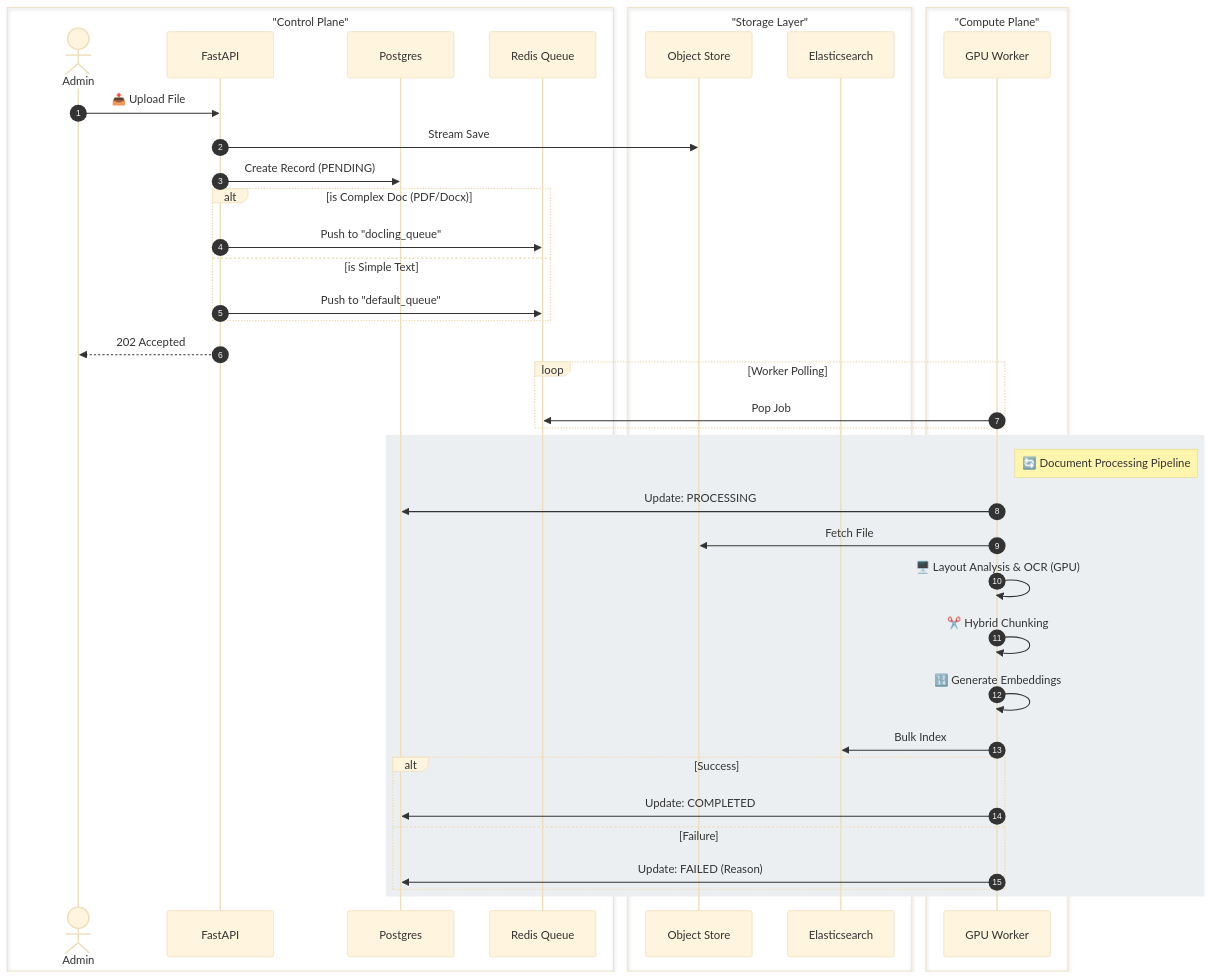
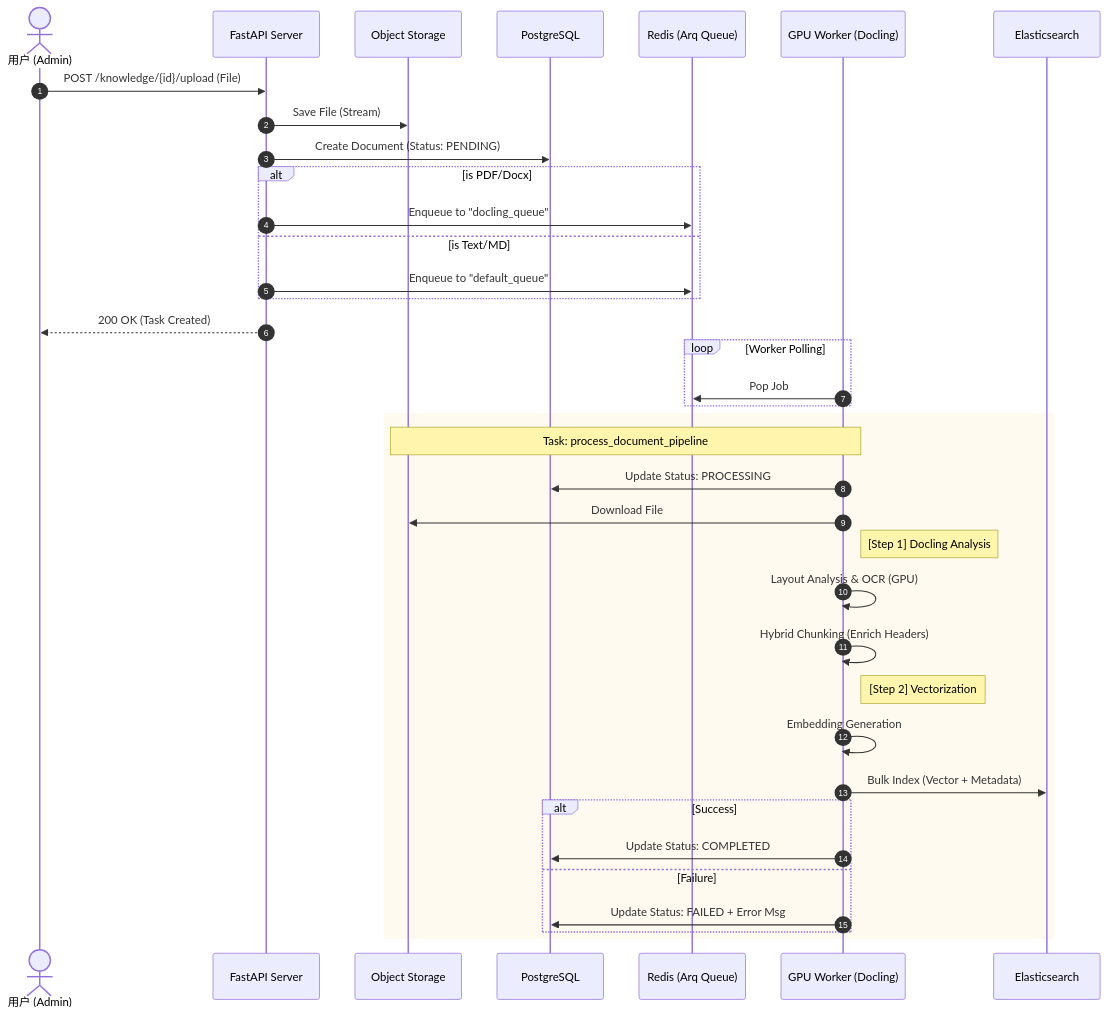
Before and after one commit to pswd123456/rag-practice: the third of 3 diagrams in README.md, drawn with Mermaid. The commit also changed other lines of this file and 10 other files, not shown here.

````diff
--- a/README.md
+++ b/README.md
@@ -258,59 +257,51 @@
 ```mermaid
 sequenceDiagram
-    autonumber
-    %%{init: {'theme': 'base', 'themeVariables': {'fontFamily': 'arial'}}}%%
-    
-    box "Control Plane" #f4f4f4
-    actor User as Admin
-    participant API as FastAPI
-    participant DB as Postgres
-    participant Redis as Redis Queue
-    end
+    autonumber
+    actor User as 用户 (Admin)
+    participant API as FastAPI Server
+    participant MinIO as Object Storage
+    participant DB as PostgreSQL
+    participant Redis as Redis (Arq Queue)
+    participant Worker as GPU Worker (Docling)
+    participant ES as Elasticsearch
 
-    box "Storage Layer" #e1f5fe
-    participant MinIO as Object Store
-    participant ES as Elasticsearch
-    end
+    %% 1. 上传阶段
+    User->>API: POST /knowledge/{id}/upload (File)
+    API->>MinIO: Save File (Stream)
+    API->>DB: Create Document (Status: PENDING)
+    
+    %% 2. 任务分发
+    alt is PDF/Docx
+        API->>Redis: Enqueue to "docling_queue"
+    else is Text/MD
+        API->>Redis: Enqueue to "default_queue"
+    end
+    API-->>User: 200 OK (Task Created)
 
-    box "Compute Plane" #fff9c4
-    participant Worker as GPU Worker
-    end
+    %% 3. 异步处理阶段 (Worker)
+    loop Worker Polling
+        Worker->>Redis: Pop Job
+    end
+    
+    rect rgb(255, 250, 240)
+        Note over Worker,MinIO: Task: process_document_pipeline
+        Worker->>DB: Update Status: PROCESSING
+        Worker->>MinIO: Download File
+        
+        %% Docling Processing
+        Note right of Worker: [Step 1] Docling Analysis
+        Worker->>Worker: Layout Analysis & OCR (GPU)
+        Worker->>Worker: Hybrid Chunking (Enrich Headers)
 
-    %% 1. 上传
-    User->>API: 📤 Upload File
-    API->>MinIO: Stream Save
-    API->>DB: Create Record (PENDING)
-    
-    alt is Complex Doc (PDF/Docx)
-        API->>Redis: Push to "docling_queue"
-    else is Simple Text
-        API->>Redis: Push to "default_queue"
-    end
-    API-->>User: 202 Accepted
-
-    %% 2. 异步处理
-    loop Worker Polling
-        Worker->>Redis: Pop Job
-    end
-    
-    rect rgb(236, 239, 241)
-    note right of Worker: 🔄 Document Processing Pipeline
-    
-    Worker->>DB: Update: PROCESSING
-    Worker->>MinIO: Fetch File
-    
-    %% Docling Analysis
-    Worker->>Worker: 🖥️ Layout Analysis & OCR (GPU)
-    Worker->>Worker: ✂️ Hybrid Chunking
-    
-    %% Indexing
-    Worker->>Worker: 🔢 Generate Embeddings
-    Worker->>ES: Bulk Index
-    
-    alt Success
-        Worker->>DB: Update: COMPLETED
-    else Failure
-        Worker->>DB: Update: FAILED (Reason)
-    end
-    end
+        %% Vectorization
+        Note right of Worker: [Step 2] Vectorization
+        Worker->>Worker: Embedding Generation
+        Worker->>ES: Bulk Index (Vector + Metadata)
+        
+        alt Success
+            Worker->>DB: Update Status: COMPLETED
+        else Failure
+            Worker->>DB: Update Status: FAILED + Error Msg
+        end
+    end
 ```
````
